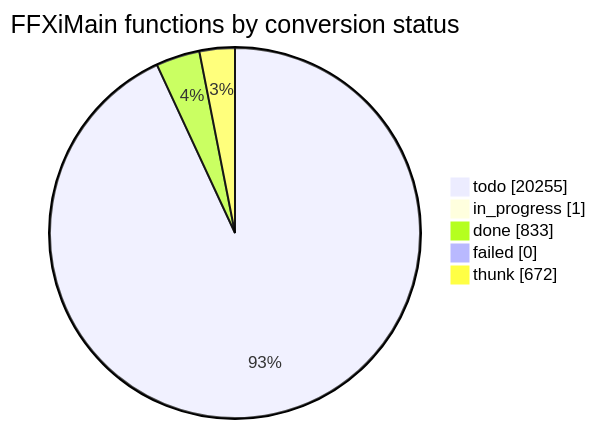
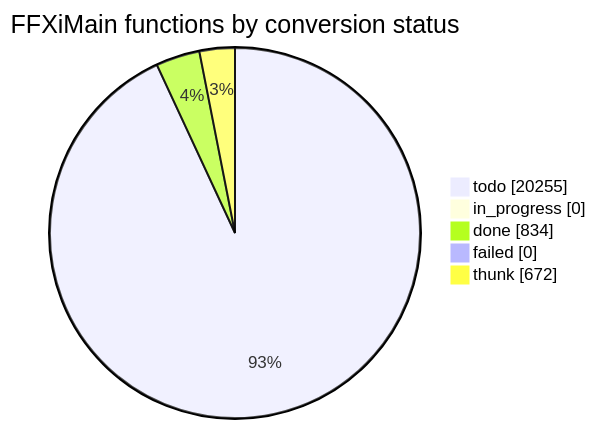
The diagram in docs/cow/STATUS.md (cowrevenge/cow_kuluu_xi_anything), drawn with Mermaid before and after one commit. The commit also changed other lines of this file and 9 other files, not shown here.

````diff
--- a/docs/cow/STATUS.md
+++ b/docs/cow/STATUS.md
@@ -18,9 +18,9 @@
 ```mermaid
 pie showData
     title FFXiMain functions by conversion status
     "todo" : 20255
-    "in_progress" : 1
-    "done" : 833
+    "in_progress" : 0
+    "done" : 834
     "failed" : 0
     "thunk" : 672
 ```
````
